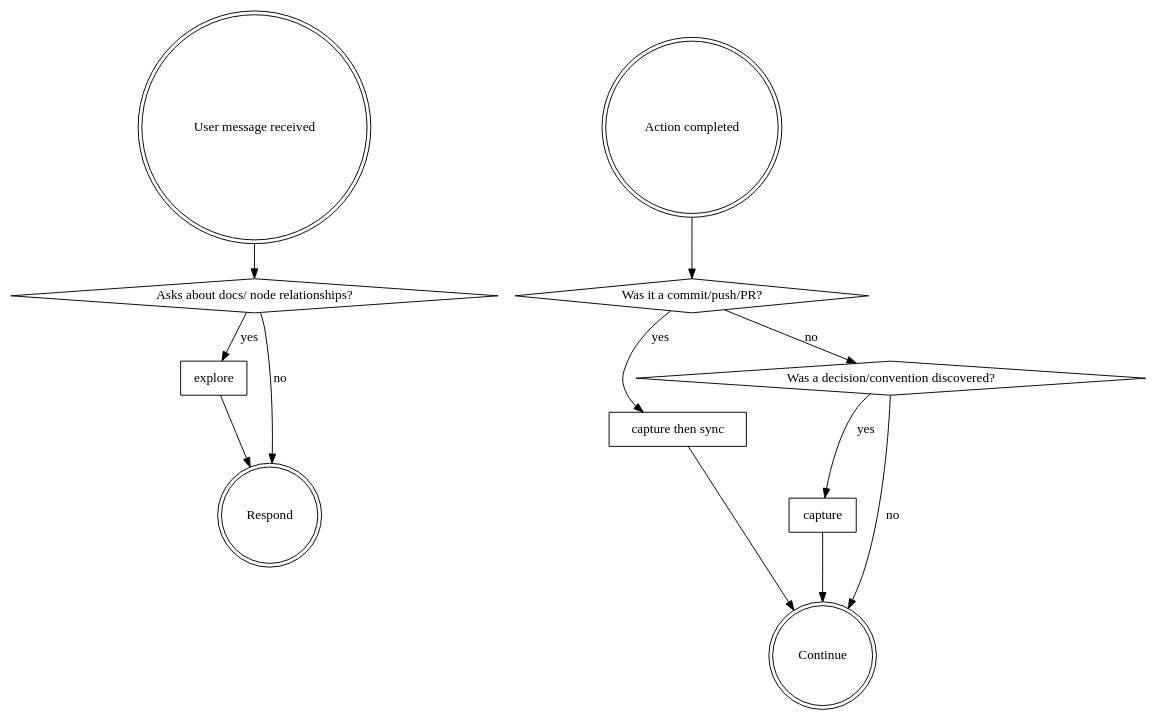
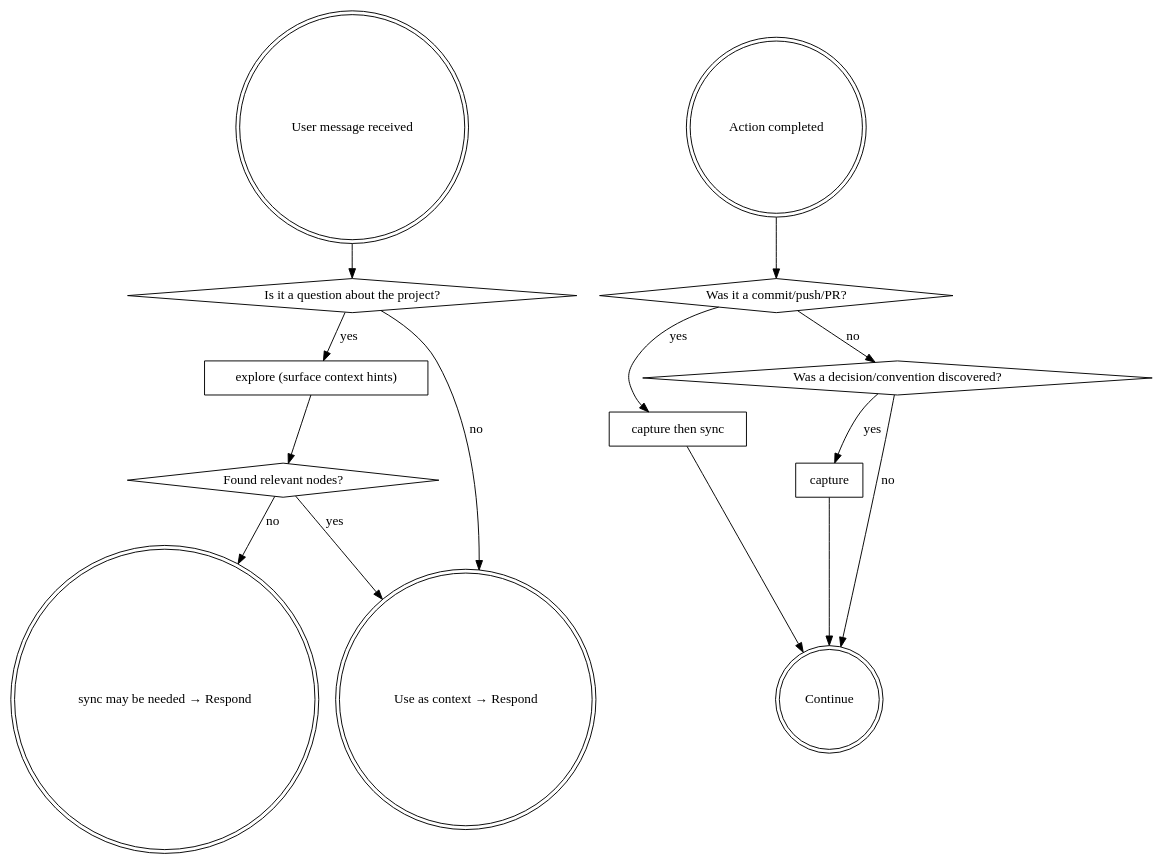
Before and after one commit to Curt-Park/autology: the diagram in skills/router/SKILL.md, drawn with Graphviz. The commit also changed other lines of this file, not shown here.

Commit message:
refactor: explore triggers on any project question, not just relationship queries
explore now fires BEFORE responding to any project question, surfacing
relevant docs/ nodes as context hints. If no relevant nodes found,
sync may be needed (knowledge base incomplete).

Flowchart updated:
  User message → project question?
    yes → explore → found nodes? → yes: use as context → respond
                                 → no: sync may be needed → respond
    no → respond

````diff
--- a/skills/router/SKILL.md
+++ b/skills/router/SKILL.md
@@ -53,27 +56,31 @@
 ```dot
 digraph router {
   "User message received" [shape=doublecircle];
   "Action completed" [shape=doublecircle];
-  "Asks about docs/ node relationships?" [shape=diamond];
-  "explore" [shape=box];
-  "Respond" [shape=doublecircle];
+  "Is it a question about the project?" [shape=diamond];
+  "explore (surface context hints)" [shape=box];
+  "Found relevant nodes?" [shape=diamond];
+  "Use as context → Respond" [shape=doublecircle];
+  "sync may be needed → Respond" [shape=doublecircle];
   "Was it a commit/push/PR?" [shape=diamond];
   "capture then sync" [shape=box];
   "Was a decision/convention discovered?" [shape=diamond];
   "capture" [shape=box];
   "Continue" [shape=doublecircle];
 
-  "User message received" -> "Asks about docs/ node relationships?";
-  "Asks about docs/ node relationships?" -> "explore" [label="yes"];
-  "Asks about docs/ node relationships?" -> "Respond" [label="no"];
-  "explore" -> "Respond";
+  "User message received" -> "Is it a question about the project?";
+  "Is it a question about the project?" -> "explore (surface context hints)" [label="yes"];
+  "Is it a question about the project?" -> "Use as context → Respond" [label="no"];
+  "explore (surface context hints)" -> "Found relevant nodes?";
+  "Found relevant nodes?" -> "Use as context → Respond" [label="yes"];
+  "Found relevant nodes?" -> "sync may be needed → Respond" [label="no"];
 
   "Action completed" -> "Was it a commit/push/PR?";
   "Was it a commit/push/PR?" -> "capture then sync" [label="yes"];
   "Was it a commit/push/PR?" -> "Was a decision/convention discovered?" [label="no"];
   "Was a decision/convention discovered?" -> "capture" [label="yes"];
   "Was a decision/convention discovered?" -> "Continue" [label="no"];
   "capture then sync" -> "Continue";
   "capture" -> "Continue";
 }
 ```
````
